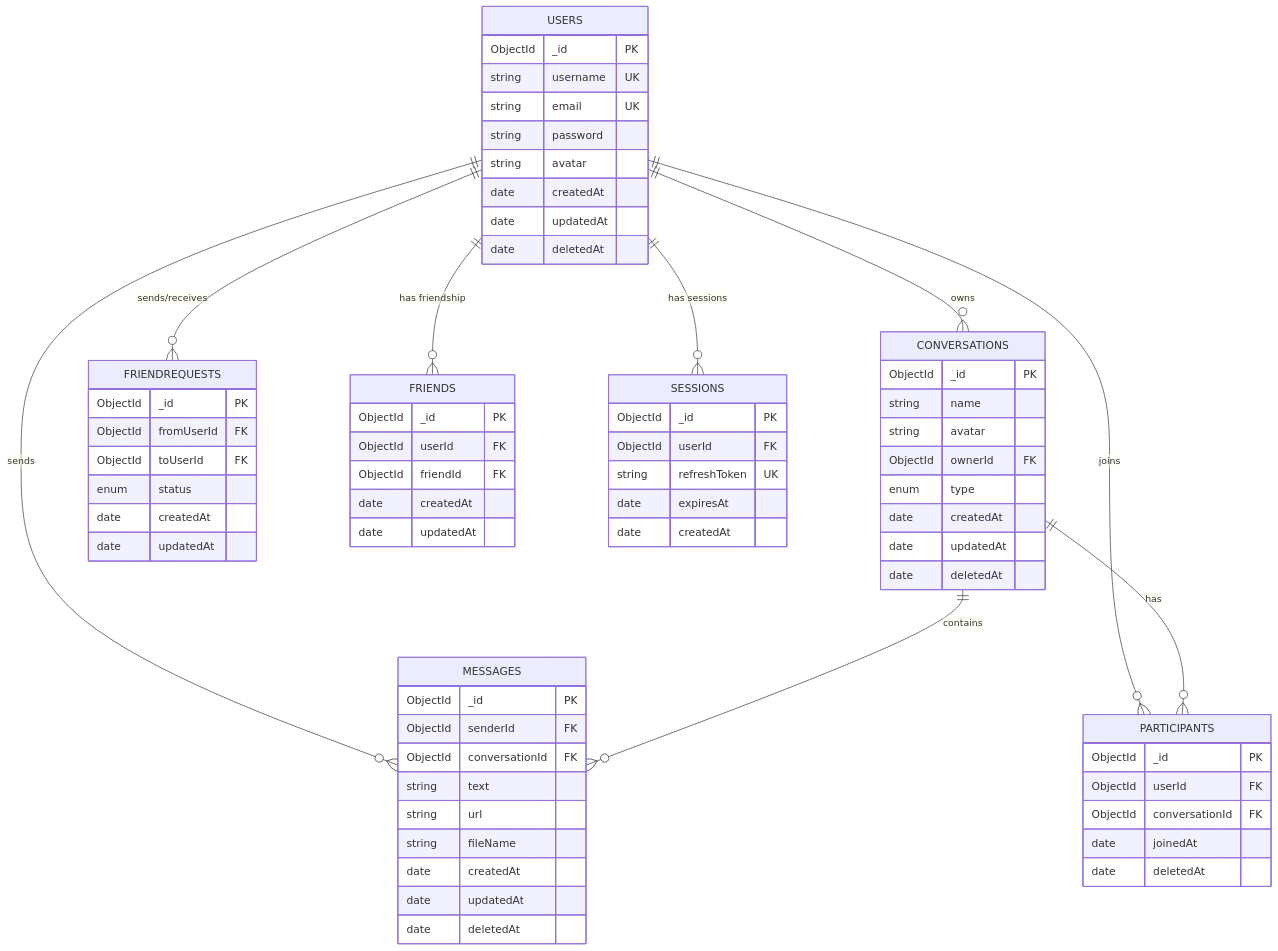
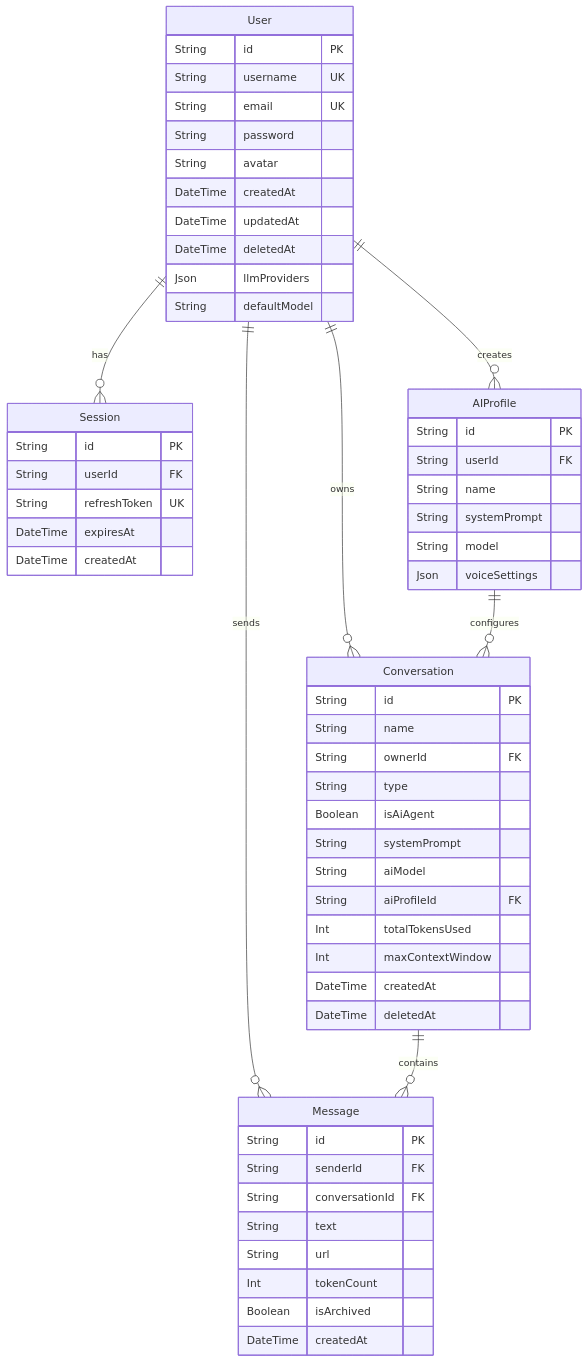
One commit to EricNguyen1206/turbo-chat changed the diagram in docs/DATABASE_DESIGN.md. Above: the diagram before and after it, drawn with Mermaid. The commit also changed other lines of this file and 42 other files, not shown here.

````diff
--- a/docs/DATABASE_DESIGN.md
+++ b/docs/DATABASE_DESIGN.md
@@ -57,79 +36,66 @@
 ```mermaid
 erDiagram
-    USERS ||--o{ CONVERSATIONS : owns
-    USERS ||--o{ MESSAGES : sends
-    USERS ||--o{ PARTICIPANTS : "joins"
-    USERS ||--o{ FRIENDREQUESTS : "sends/receives"
-    USERS ||--o{ FRIENDS : "has friendship"
-    USERS ||--o{ SESSIONS : "has sessions"
+    User ||--o{ Session : has
+    User ||--o{ Conversation : owns
+    User ||--o{ Message : sends
+    User ||--o{ AIProfile : creates
     
-    CONVERSATIONS ||--o{ MESSAGES : contains
-    CONVERSATIONS ||--o{ PARTICIPANTS : has
+    Conversation ||--o{ Message : contains
+    AIProfile ||--o{ Conversation : configures
     
-    USERS {
-        ObjectId _id PK
-        string username UK
-        string email UK
-        string password
-        string avatar
-        date createdAt
-        date updatedAt
-        date deletedAt
+    User {
+        String id PK
+        String username UK
+        String email UK
+        String password
+        String avatar
+        DateTime createdAt
+        DateTime updatedAt
+        DateTime deletedAt
+        Json llmProviders
+        String defaultModel
     }
     
-    CONVERSATIONS {
-        ObjectId _id PK
-        string name
-        string avatar
-        ObjectId ownerId FK
-        enum type
-        date createdAt
-        date updatedAt
-        date deletedAt
+    Session {
+        String id PK
+        String userId FK
+        String refreshToken UK
+        DateTime expiresAt
+        DateTime createdAt
     }
     
-    MESSAGES {
-        ObjectId _id PK
-        ObjectId senderId FK
-        ObjectId conversationId FK
-        string text
-        string url
-        string fileName
-        date createdAt
-        date updatedAt
-        date deletedAt
+    Conversation {
+        String id PK
+        String name
+        String ownerId FK
+        String type
+        Boolean isAiAgent
+        String systemPrompt
+        String aiModel
+        String aiProfileId FK
+        Int totalTokensUsed
+        Int maxContextWindow
+        DateTime createdAt
+        DateTime deletedAt
     }
     
-    PARTICIPANTS {
-        ObjectId _id PK
-        ObjectId userId FK
-        ObjectId conversationId FK
-        date joinedAt
-        date deletedAt
+    Message {
+        String id PK
+        String senderId FK
+        String conversationId FK
+        String text
+        String url
+        Int tokenCount
+        Boolean isArchived
+        DateTime createdAt
     }
     
-    FRIENDREQUESTS {
-        ObjectId _id PK
-        ObjectId fromUserId FK
-        ObjectId toUserId FK
-        enum status
-        date createdAt
-        date updatedAt
-    }
-    
-    FRIENDS {
-        ObjectId _id PK
-        ObjectId userId FK
-        ObjectId friendId FK
-        date createdAt
-        date updatedAt
-    }
-    
-    SESSIONS {
-        ObjectId _id PK
-        ObjectId userId FK
-        string refreshToken UK
-        date expiresAt
-        date createdAt
+    AIProfile {
+        String id PK
+        String userId FK
+        String name
+        String systemPrompt
+        String model
+        Json voiceSettings
     }
 ```
````
